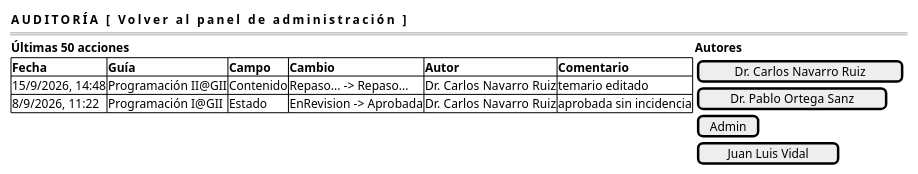
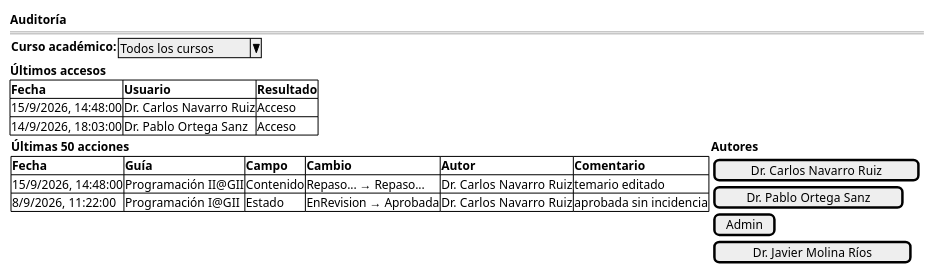
The first of 2 diagrams in RUP/01-requisitos/03-detalle-casos-uso/consultarHistorialCambios/wireframes.puml (mmasias/pyCeldaPublico), drawn with PlantUML before and after one commit. The commit also changed other lines of this file and 384 other files, not shown here.

Commit message:
docs: sincroniza el subconjunto público con pyCelda 1344b652 (auditoría de wireframes de Admin: casos exclusivos y variantes de Admin de los compartidos)

```diff
--- a/RUP/01-requisitos/03-detalle-casos-uso/consultarHistorialCambios/wireframes.puml
+++ b/RUP/01-requisitos/03-detalle-casos-uso/consultarHistorialCambios/wireframes.puml
@@ -1,19 +1,26 @@
 @startsalt consultarHistorialCambios-wireframe
 {
-    { <b>AUDITORÍA                                    [ Volver al panel de administración ] }
+    <b>Auditoría</b>
     ====
+    { <b>Curso académico:</b> | ^Todos los cursos^ }
+    <b>Últimos accesos</b>
+    {#
+        <b>Fecha | <b>Usuario | <b>Resultado
+        15/9/2026, 14:48:00 | Dr. Carlos Navarro Ruiz | Acceso
+        14/9/2026, 18:03:00 | Dr. Pablo Ortega Sanz | Acceso
+    }
     {
     <b>Últimas 50 acciones | <b>Autores
     {#
         <b>Fecha | <b>Guía | <b>Campo | <b>Cambio | <b>Autor | <b>Comentario
-        15/9/2026, 14:48 | Programación II@GII | Contenido | Repaso... -> Repaso... | Dr. Carlos Navarro Ruiz | temario editado
-        8/9/2026, 11:22 | Programación I@GII | Estado | EnRevision -> Aprobada | Dr. Carlos Navarro Ruiz | aprobada sin incidencia
+        15/9/2026, 14:48:00 | Programación II@GII | Contenido | Repaso... → Repaso... | Dr. Carlos Navarro Ruiz | temario editado
+        8/9/2026, 11:22:00 | Programación I@GII | Estado | EnRevision → Aprobada | Dr. Carlos Navarro Ruiz | aprobada sin incidencia
     } | {
         [ Dr. Carlos Navarro Ruiz ]
         [ Dr. Pablo Ortega Sanz ]
         [ Admin ]
-        [ Juan Luis Vidal ]
+        [ Dr. Javier Molina Ríos ]
     }
     }
 }
 @endsalt
```
